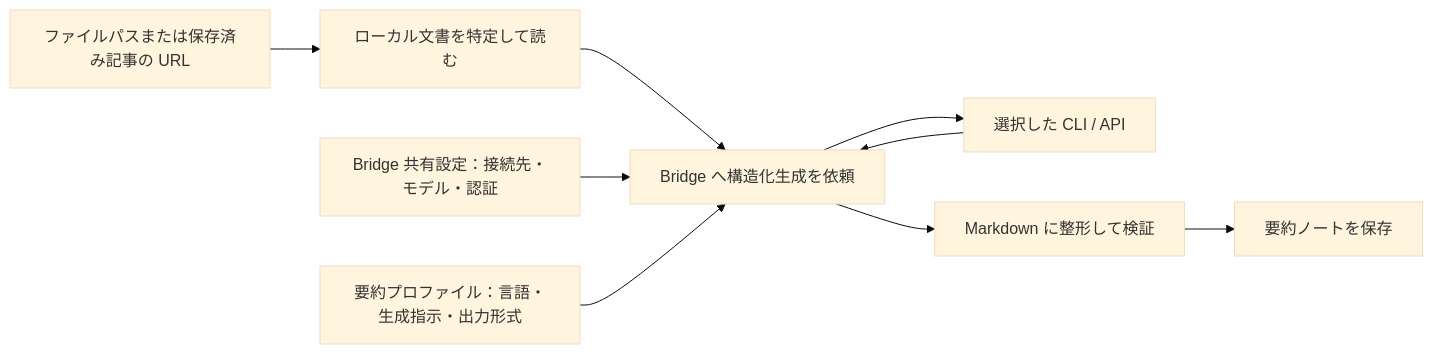
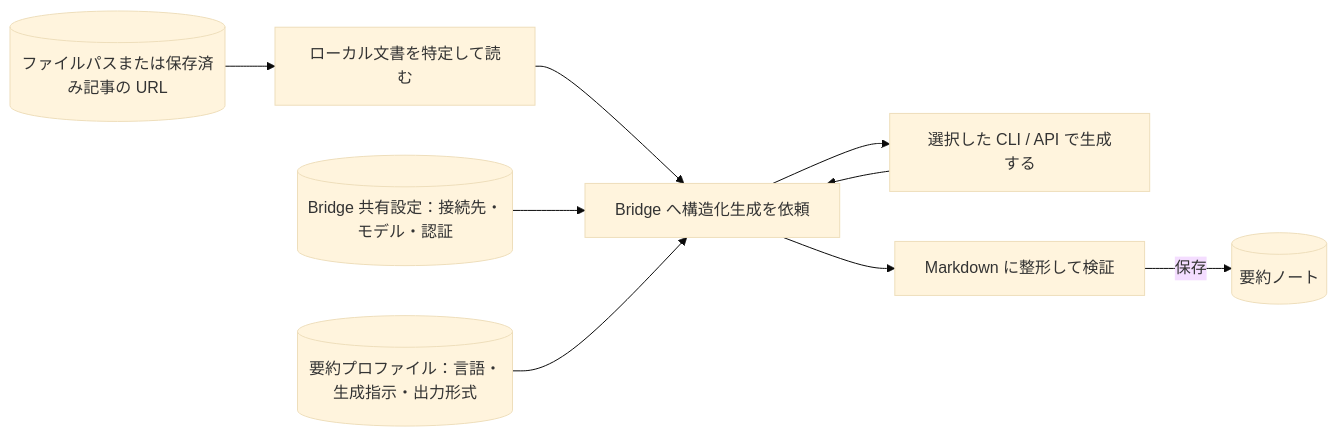
One commit to tuckn/tkn_doc_summarizer changed the diagram in README.md. Above: the diagram before and after it, drawn with Mermaid (base theme). The commit also changed other lines of this file and 16 other files, not shown here.

````diff
--- a/README.md
+++ b/README.md
@@ -52,11 +52,11 @@
 ```mermaid
 flowchart LR
-    Input["ファイルパスまたは保存済み記事の URL"] --> Resolve["ローカル文書を特定して読む"]
+    Input[("ファイルパスまたは保存済み記事の URL")] --> Resolve["ローカル文書を特定して読む"]
     Resolve --> Generate["Bridge へ構造化生成を依頼"]
-    Connection["Bridge 共有設定：接続先・モデル・認証"] --> Generate
-    Generate --> AI["選択した CLI / API"]
+    Connection[("Bridge 共有設定：接続先・モデル・認証")] --> Generate
+    Generate --> AI["選択した CLI / API で生成する"]
     AI --> Generate
-    Profile["要約プロファイル：言語・生成指示・出力形式"] --> Generate
+    Profile[("要約プロファイル：言語・生成指示・出力形式")] --> Generate
     Generate --> Validate["Markdown に整形して検証"]
-    Validate --> Note["要約ノートを保存"]
+    Validate -->|保存| Note[("要約ノート")]
 ```
````
